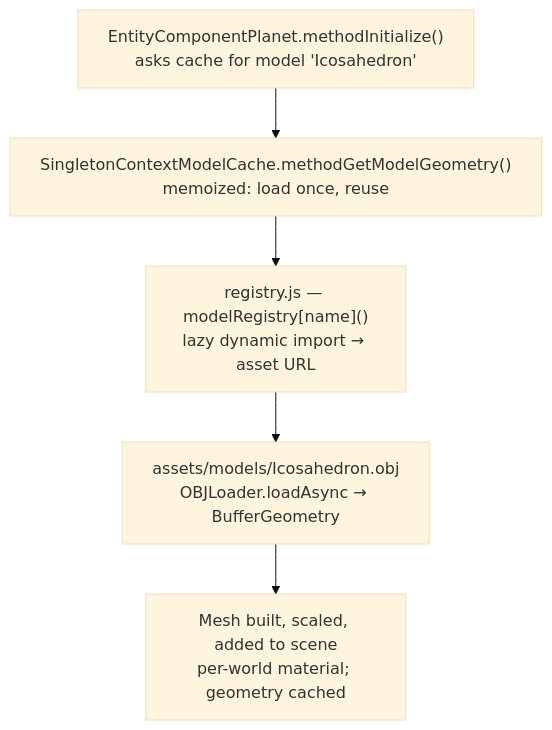
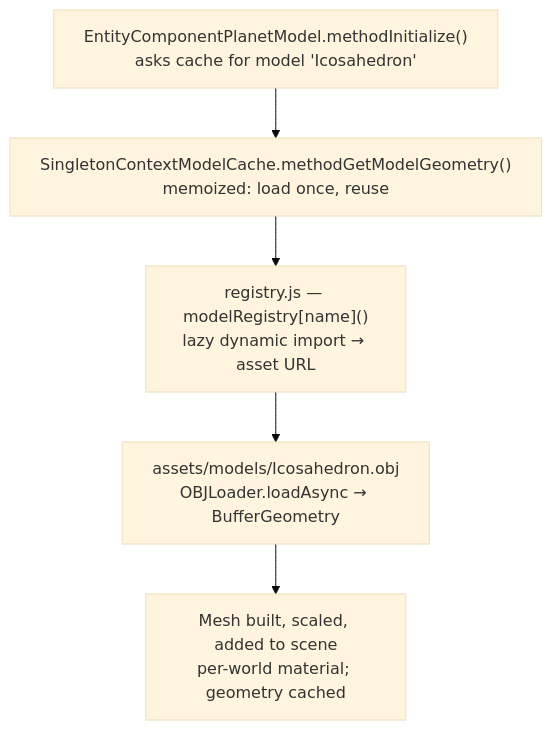
Before and after one commit to dilsency/ThreeJS-ECS-Planet: the second of 2 diagrams in md/PLANET.md, drawn with Mermaid (base theme). The commit also changed other lines of this file and 12 other files, not shown here.

````diff
--- a/md/PLANET.md
+++ b/md/PLANET.md
@@ -60,9 +65,9 @@
 ```mermaid
 flowchart TD
-    A["EntityComponentPlanet.methodInitialize()<br/>asks cache for model 'Icosahedron'"]
+    A["EntityComponentPlanetModel.methodInitialize()<br/>asks cache for model 'Icosahedron'"]
     B["SingletonContextModelCache.methodGetModelGeometry()<br/>memoized: load once, reuse"]
     C["registry.js — modelRegistry[name]()<br/>lazy dynamic import → asset URL"]
     D["assets/models/Icosahedron.obj<br/>OBJLoader.loadAsync → BufferGeometry"]
     E["Mesh built, scaled, added to scene<br/>per-world material; geometry cached"]
     A --> B --> C --> D --> E
 ```
````
